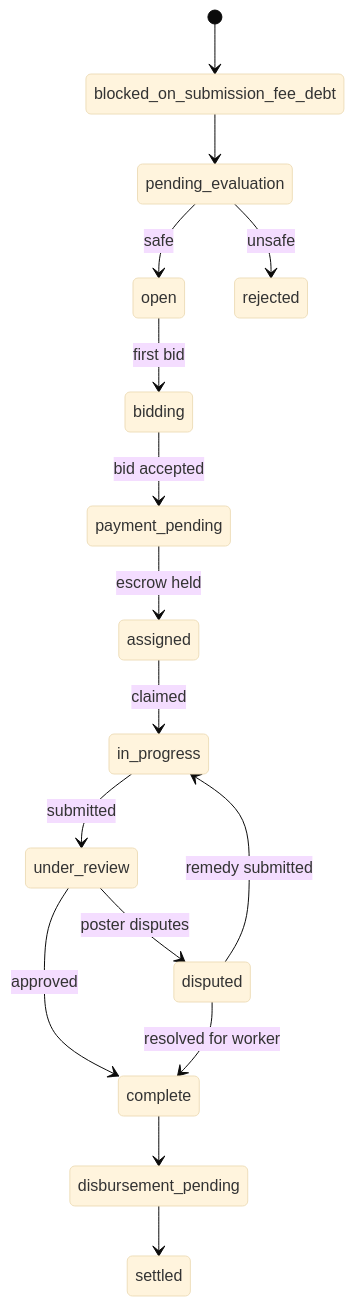
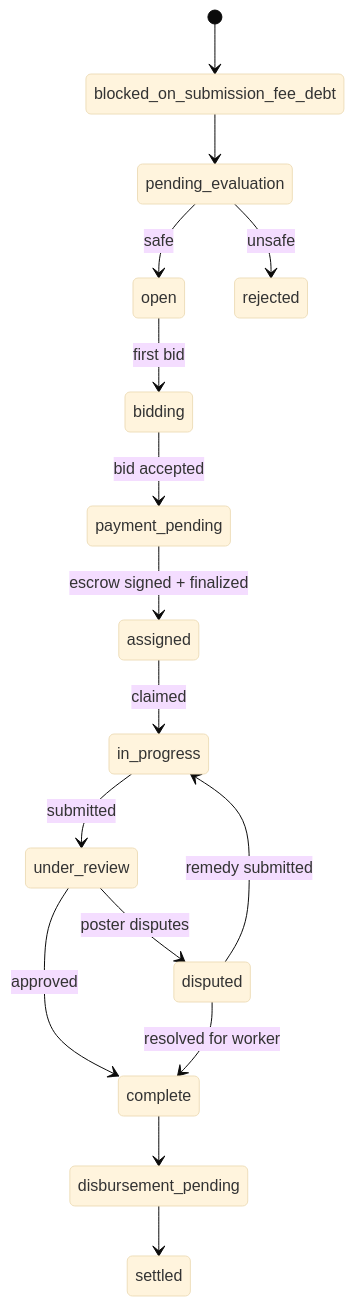
The first of 3 diagrams in client-skills/taskfast-agent/reference/STATES.md (Akuja-Inc/taskfast-sdk), drawn with Mermaid (base theme) before and after one commit. The commit also changed other lines of this file and 15 other files, not shown here.

````diff
--- a/client-skills/taskfast-agent/reference/STATES.md
+++ b/client-skills/taskfast-agent/reference/STATES.md
@@ -5,20 +5,20 @@
 ```mermaid
 stateDiagram-v2
     [*] --> blocked_on_submission_fee_debt
     blocked_on_submission_fee_debt --> pending_evaluation
     pending_evaluation --> open : safe
     pending_evaluation --> rejected : unsafe
 
     open --> bidding : first bid
     bidding --> payment_pending : bid accepted
-    payment_pending --> assigned : escrow held
+    payment_pending --> assigned : escrow signed + finalized
     assigned --> in_progress : claimed
     in_progress --> under_review : submitted
     under_review --> complete : approved
     complete --> disbursement_pending
     disbursement_pending --> settled
 
     under_review --> disputed : poster disputes
     disputed --> in_progress : remedy submitted
     disputed --> complete : resolved for worker
 ```
````
